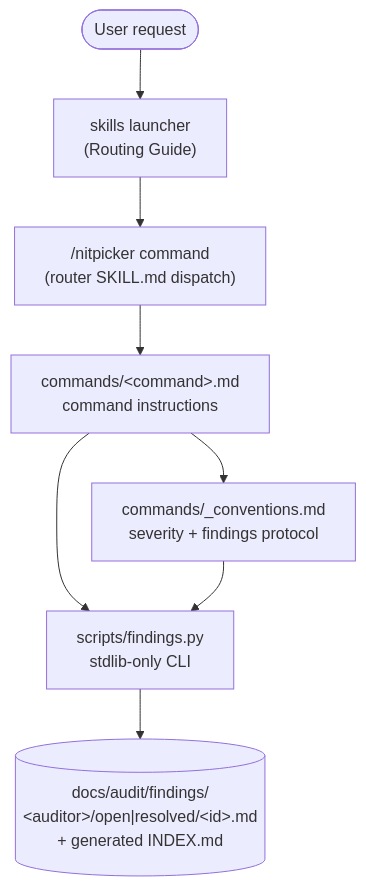
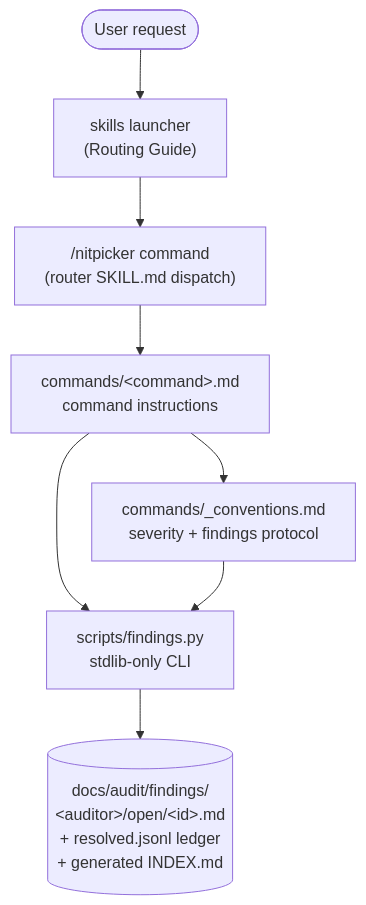
One commit to ivuorinen/skills changed the first of 2 diagrams in .claude/skills/README.md. Above: the diagram before and after it, drawn with Mermaid. The commit also changed other lines of this file and 109 other files, not shown here.

````diff
--- a/.claude/skills/README.md
+++ b/.claude/skills/README.md
@@ -28,10 +34,10 @@
 ```mermaid
 flowchart TD
     U([User request]) --> SK["skills launcher\n(Routing Guide)"]
     SK --> NP["/nitpicker command\n(router SKILL.md dispatch)"]
     NP --> CF["commands/&lt;command&gt;.md\ncommand instructions"]
     CF --> CV[commands/_conventions.md\nseverity + findings protocol]
     CF --> FP[scripts/findings.py\nstdlib-only CLI]
     CV --> FP
-    FP --> FS[("docs/audit/findings/\n&lt;auditor&gt;/open|resolved/&lt;id&gt;.md\n+ generated INDEX.md")]
+    FP --> FS[("docs/audit/findings/\n&lt;auditor&gt;/open/&lt;id&gt;.md\n+ resolved.jsonl ledger\n+ generated INDEX.md")]
 ```
````
